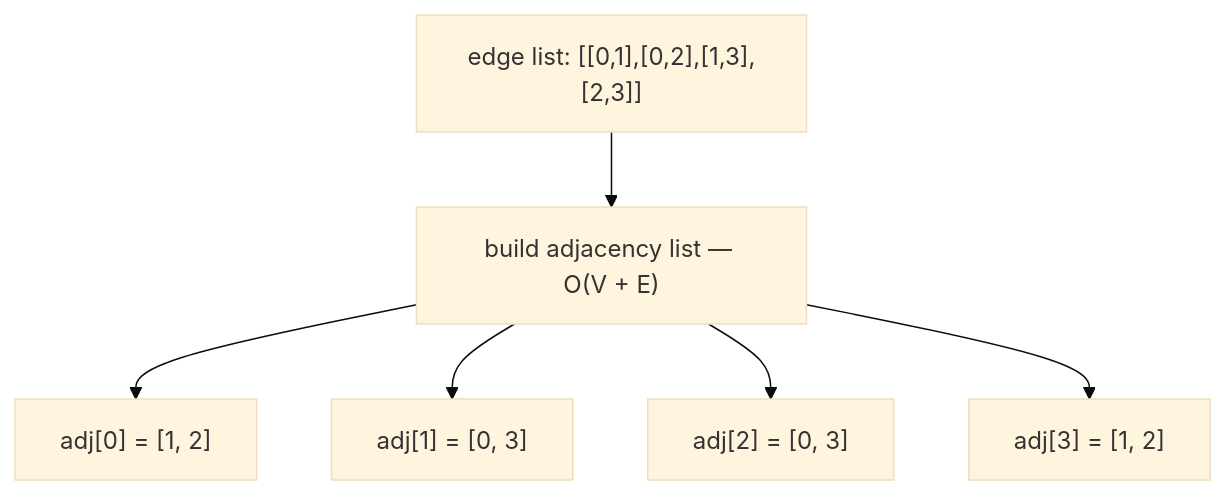
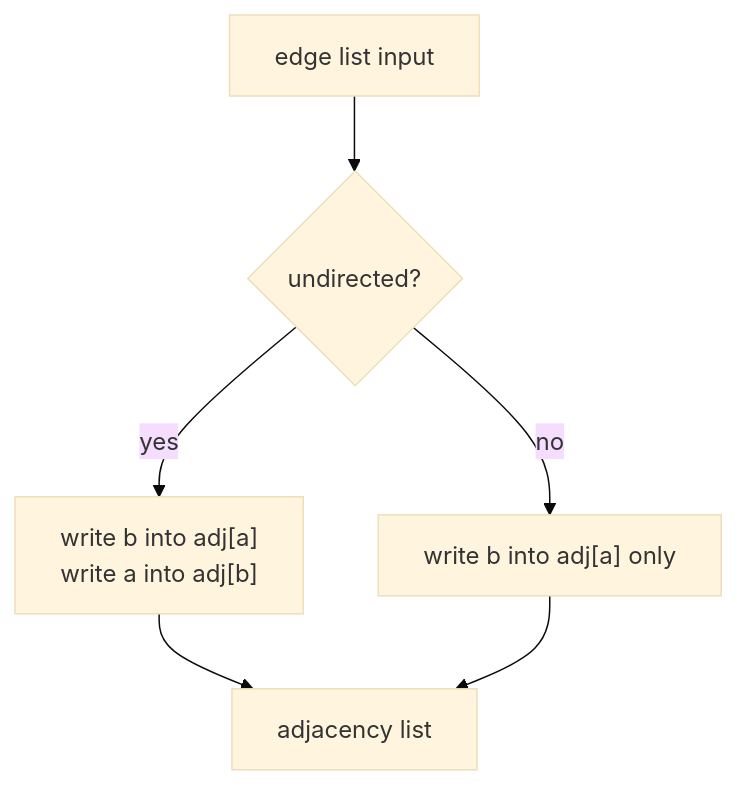
Before and after one commit to snesjhon/thinkdeep: the first of 9 diagrams in src/app/dsa/fundamentals/graphs/graphs-fundamentals.md, drawn with Mermaid (base theme). The commit also changed other lines of this file and 40 other files, not shown here.

Commit message:
dsa: add graphs and dfs

````diff
--- a/src/app/dsa/fundamentals/graphs/graphs-fundamentals.md
+++ b/src/app/dsa/fundamentals/graphs/graphs-fundamentals.md
@@ -33,8 +28,8 @@
 ```mermaid
 graph TD
-    Input["edge list: [[0,1],[0,2],[1,3],[2,3]]"] --> Build["build adjacency list — O(V + E)"]
-    Build --> A0["adj[0] = [1, 2]"]
-    Build --> A1["adj[1] = [0, 3]"]
-    Build --> A2["adj[2] = [0, 3]"]
-    Build --> A3["adj[3] = [1, 2]"]
+    EdgeList["edge list input"] --> Undirected{"undirected?"}
+    Undirected -- yes --> Both["write b into adj[a]\nwrite a into adj[b]"]
+    Undirected -- no --> OneWay["write b into adj[a] only"]
+    Both --> Ledger["adjacency list"]
+    OneWay --> Ledger
 ```
````
